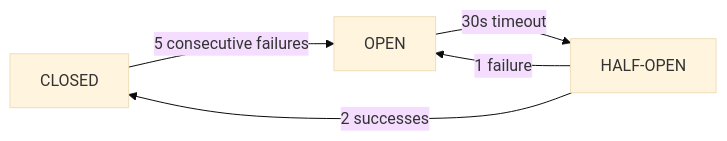
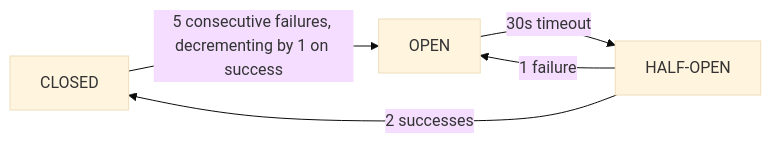
Before and after one commit to intel-retail/order-accuracy: the second of 2 diagrams in docs/user-guide/dine-in/how-it-works.md, drawn with Mermaid (base theme). The commit also changed 2 other files, not shown here.

Commit message:
align and update circuit breaker logic between DI/TA/OA

````diff
--- a/docs/user-guide/dine-in/how-it-works.md
+++ b/docs/user-guide/dine-in/how-it-works.md
@@ -166,11 +166,11 @@
 ```mermaid
 flowchart LR
     CLOSED["CLOSED"]
     OPEN["OPEN"]
     HALFOPEN["HALF-OPEN"]
 
-    CLOSED -- "5 consecutive failures" --> OPEN
+    CLOSED -- "5 consecutive failures, decrementing by 1 on success" --> OPEN
     OPEN -- "30s timeout" --> HALFOPEN
     HALFOPEN -- "2 successes" --> CLOSED
     HALFOPEN -- "1 failure" --> OPEN
 ```
````
